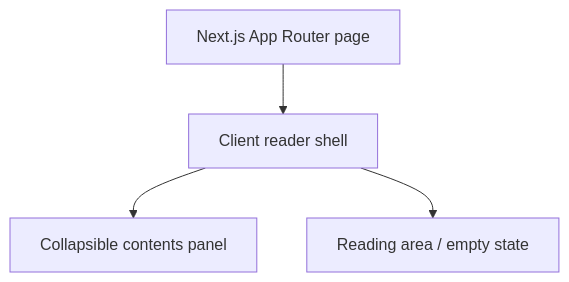
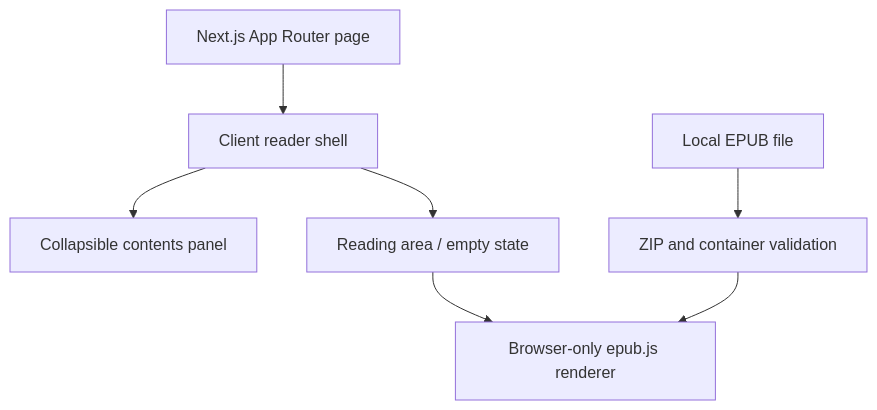
Before and after one commit to chenkai23/Pinnacle_Demo: the diagram in README.md, drawn with Mermaid. The commit also changed other lines of this file and 14 other files, not shown here.

Commit message:
feat: import and render local EPUB files safely

````diff
--- a/README.md
+++ b/README.md
@@ -26,6 +27,9 @@
 ```mermaid
 flowchart TD
     Page[Next.js App Router page] --> Shell[Client reader shell]
     Shell --> Contents[Collapsible contents panel]
     Shell --> Area[Reading area / empty state]
+    Area --> Epub[Browser-only epub.js renderer]
+    File[Local EPUB file] --> Validation[ZIP and container validation]
+    Validation --> Epub
 ```
````
